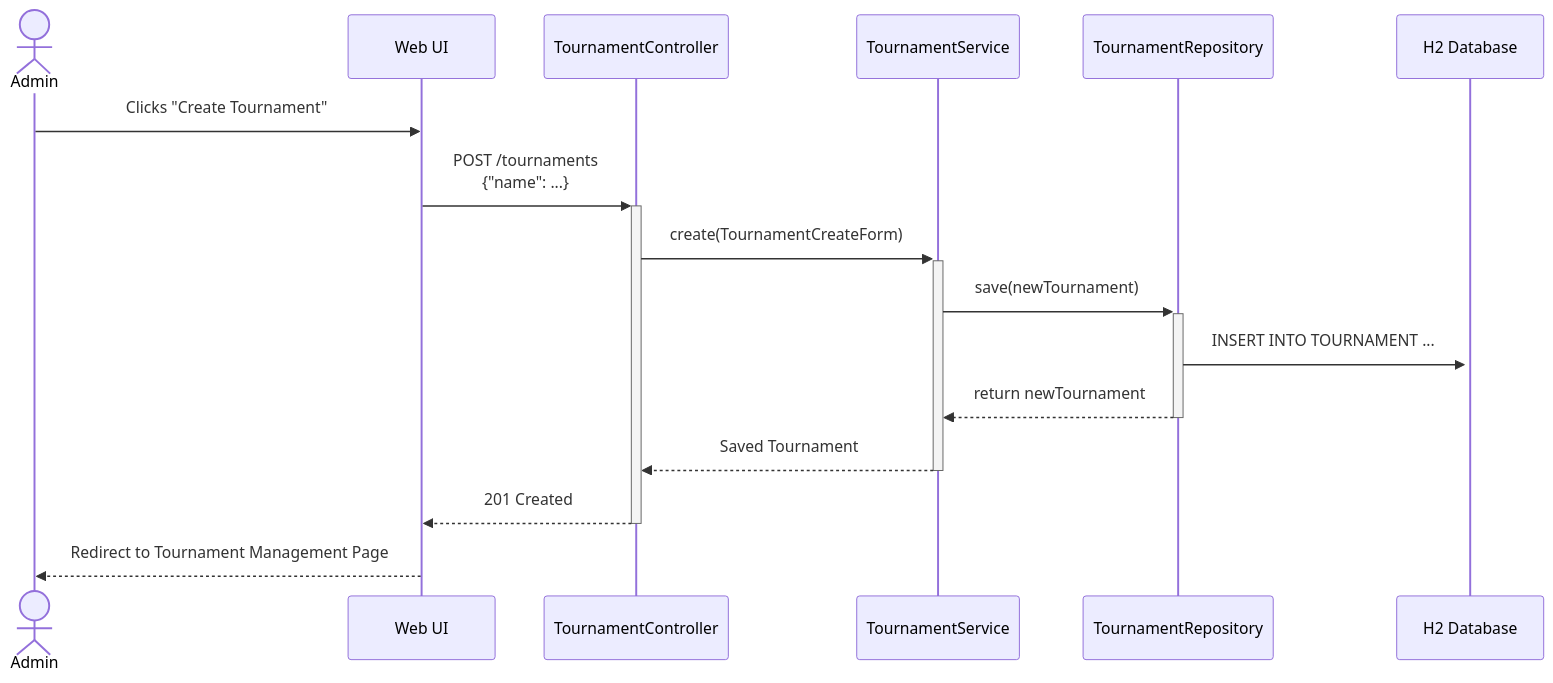
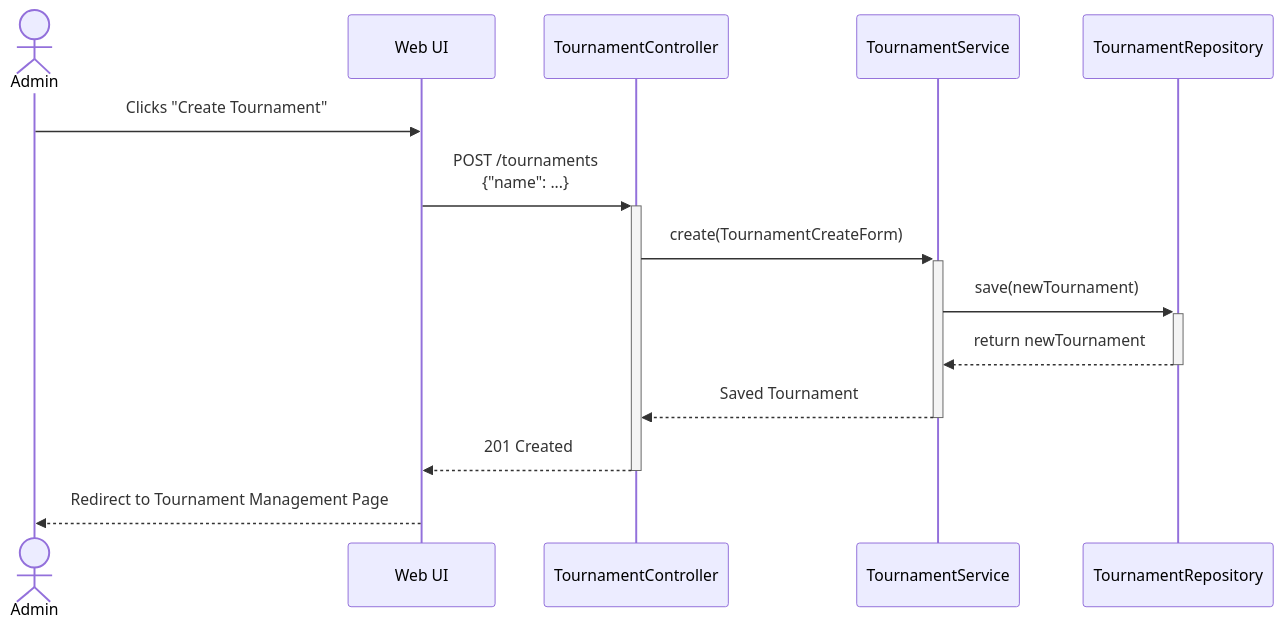
One commit to kahhong/checkmate-central changed the first of 5 diagrams in Sequence Diagrams/Tournaments.md. Above: the diagram before and after it, drawn with Mermaid. The commit also changed other lines of this file and 1 other file, not shown here.

Commit message:
Added reading tournaments into sequence diagrams.

````diff
--- a/Sequence Diagrams/Tournaments.md
+++ b/Sequence Diagrams/Tournaments.md
@@ -2,13 +2,13 @@
 ```mermaid
 sequenceDiagram
     actor Admin
     Admin->>Web UI: Clicks "Create Tournament"
     Web UI->>+TournamentController: POST /tournaments <br> {"name": ...}
     TournamentController->>+TournamentService: create(TournamentCreateForm)
     TournamentService->>+TournamentRepository: save(newTournament)
-    TournamentRepository->>+H2 Database: INSERT INTO TOURNAMENT ... 
+%%    TournamentRepository->>+H2 Database: INSERT INTO TOURNAMENT ... 
     TournamentRepository-->>-TournamentService: return newTournament
     TournamentService-->>-TournamentController: Saved Tournament
     TournamentController-->>-Web UI: 201 Created
     Web UI-->>Admin: Redirect to Tournament Management Page
 ```
````
